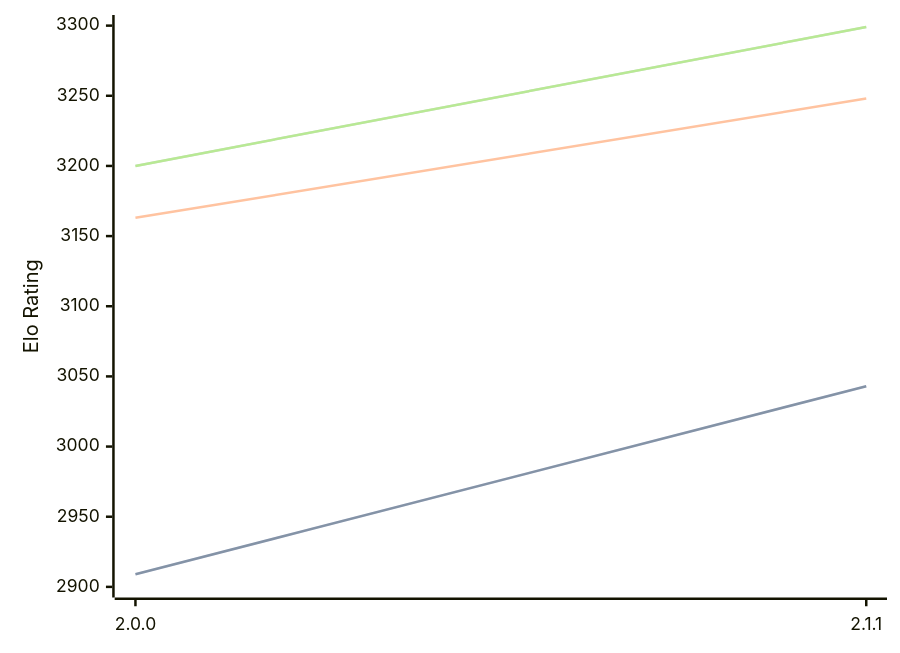
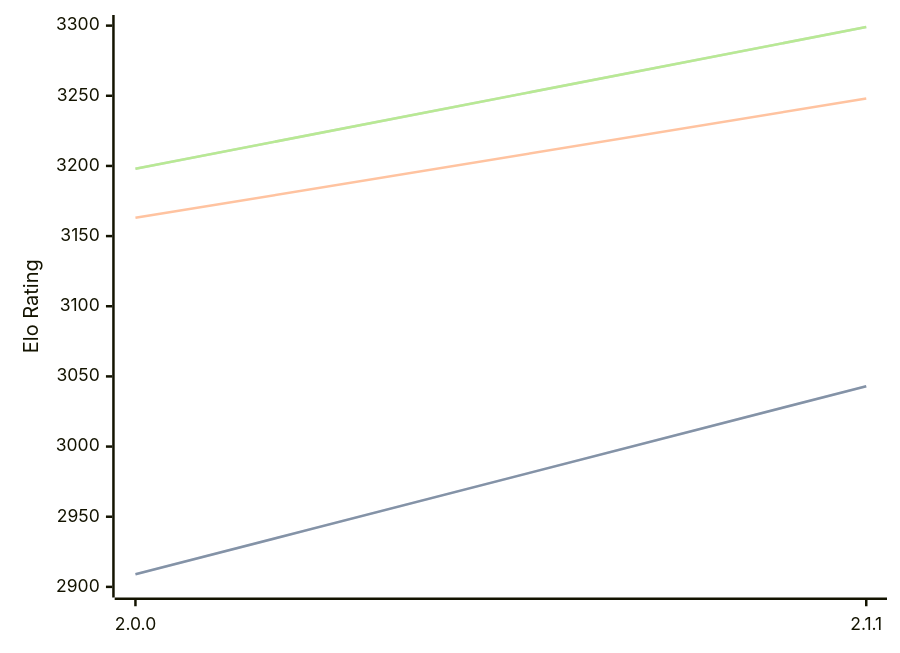
Before and after one commit to computer-chess-index/cci: the diagram in engines/Bread.md, drawn with Mermaid. The commit also changed other lines of this file, not shown here.

Commit message:
Update CCI Ratings (ELO VLTC) - 2026-02-27

````diff
--- a/engines/Bread.md
+++ b/engines/Bread.md
@@ -48,11 +48,11 @@
 ```mermaid
 %%{init: {"theme":"base","themeVariables":{"seriesColors:['#a3a3a3','#222221','#faa371']}}}%%
 xychart-beta
   x-axis ["2.0.0", "2.1.1"]
   y-axis "Elo Rating" 2900 --> 3300
   line "STC (8.0+0.08s)" [2909, 3043]
   line "STC (8.0+0.08s)" [2909, 3043]
   line "LTC (60.0+0.60s)" [3163, 3248]
-  line "VLTC (2m24s+1.12s)" [3200, 3299]
-  line "VLTC (2m24s+1.12s)" [3200, 3299]
+  line "VLTC (2m24s+1.12s)" [3198, 3299]
+  line "VLTC (2m24s+1.12s)" [3198, 3299]
 ```
````
